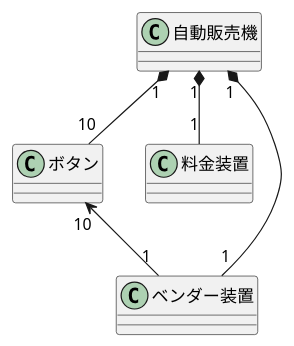
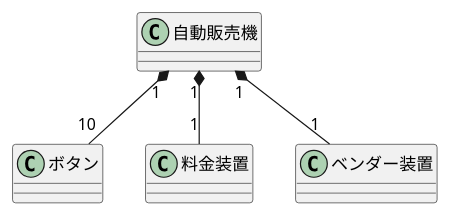
One commit to TTaKesAwA/uml-intro changed the diagram in 演習6-4-1_クラス図_自動販売機.pu. Above: the diagram before and after it, drawn with PlantUML.

Commit message:
演習6-4-1の修正

```diff
--- a/演習6-4-1_クラス図_自動販売機.pu
+++ b/演習6-4-1_クラス図_自動販売機.pu
@@ -1,11 +1,11 @@
 @startuml クラス図
 class 自動販売機{}
 class ボタン{}
 class 料金装置
 class ベンダー装置
 自動販売機 "1"*--"10" ボタン
-ボタン "10"<-- "1"ベンダー装置
+
 
 自動販売機 "1"*--"1" 料金装置
 自動販売機 "1"*--"1" ベンダー装置
 @endumlbenda
```
